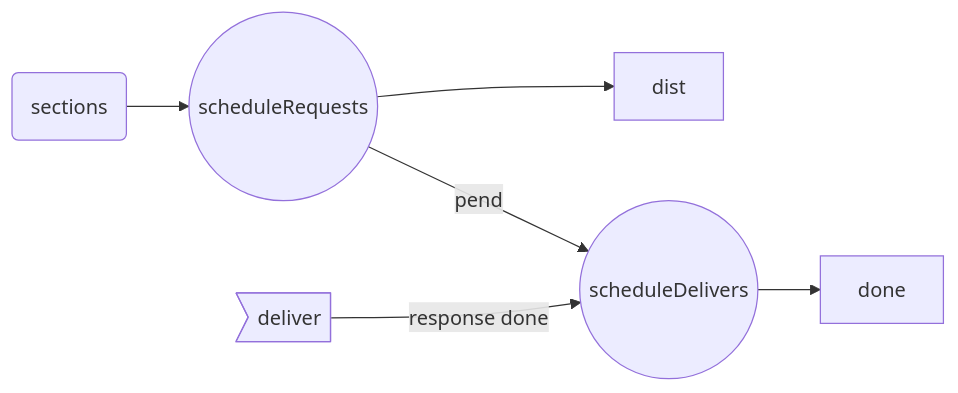
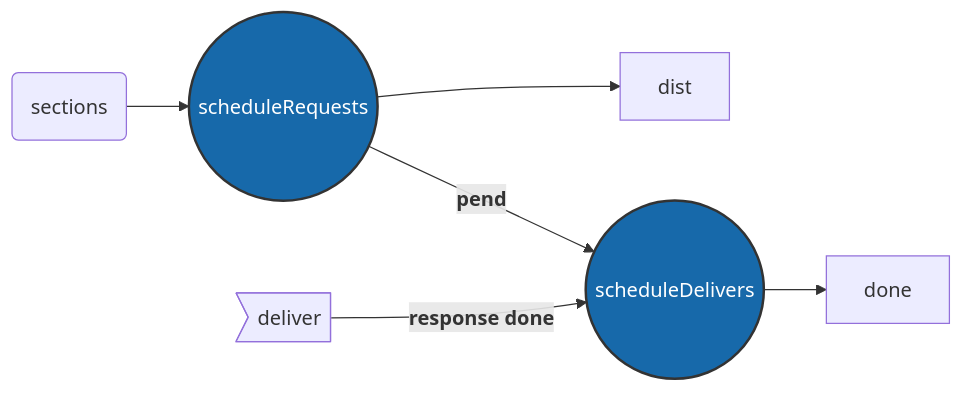
The diagram in core-bloombits-analysis.md (agiletechvn/go-ethereum-code-analysis), drawn with Mermaid before and after one commit.

Commit message:
update subgraph for core-bloombits

````diff
--- a/core-bloombits-analysis.md
+++ b/core-bloombits-analysis.md
@@ -97,10 +97,13 @@
 ```mermaid
 graph LR
 
 	id1(sections) --> id2((scheduleRequests))
 	id2 --> dist
 
-	id2 --pend--> id3((scheduleDelivers))
-	id4>deliver] --response done--> id3
+	id2 --<b>pend</b>--> id3((scheduleDelivers))
+	id4>deliver] --<b>response done</b>--> id3
 	id3 --> done
+
+	style id2 fill: #1769aa, stroke: #333, stroke-width:2px, color:#fff;
+	style id3 fill: #1769aa, stroke: #333, stroke-width:2px, color:#fff;
 ```
````
